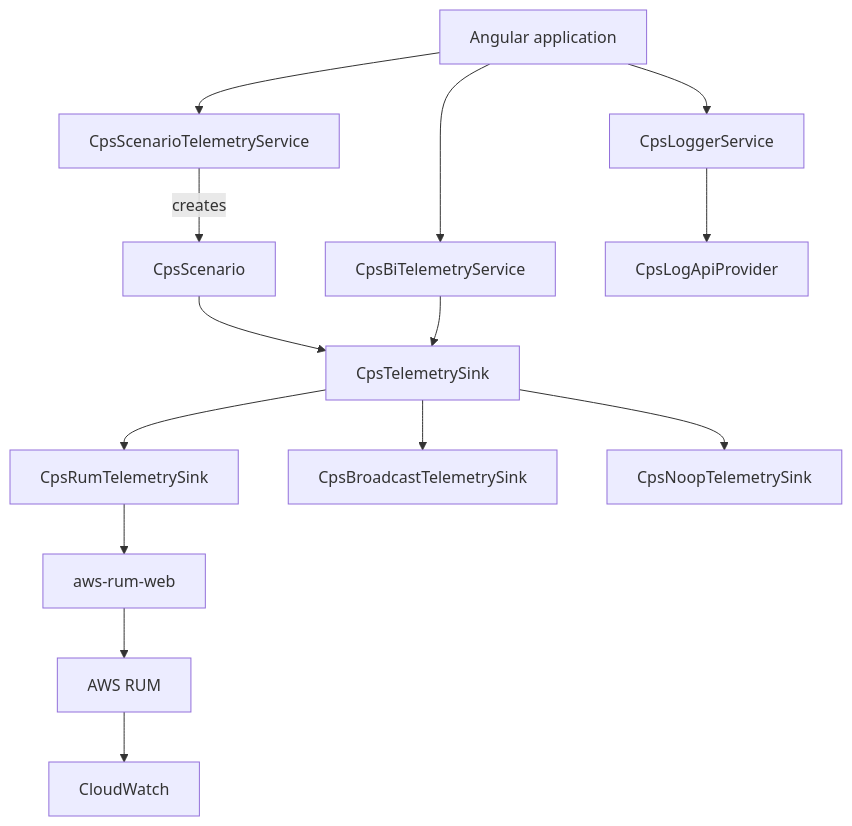
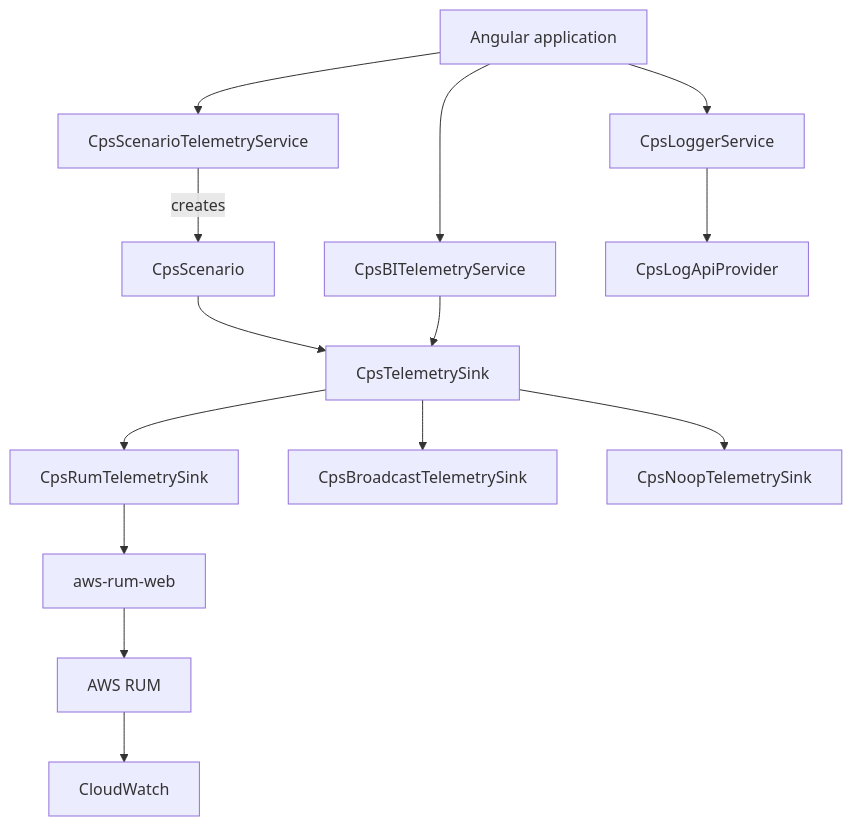
The first of 4 diagrams in projects/cps-telemetry/DESIGN.md (AbsaOSS/cps-shared-ui), drawn with Mermaid before and after one commit. The commit also changed other lines of this file and 16 other files, not shown here.

````diff
--- a/projects/cps-telemetry/DESIGN.md
+++ b/projects/cps-telemetry/DESIGN.md
@@ -53,22 +53,22 @@
 ```mermaid
 flowchart TD
     A[Angular application]
 
     A --> B[CpsLoggerService]
     A --> C[CpsScenarioTelemetryService]
-    A --> D[CpsBiTelemetryService]
+    A --> D[CpsBITelemetryService]
 
     C -->|creates| C2[CpsScenario]
 
     B --> E[CpsLogApiProvider]
 
     C2 --> G[CpsTelemetrySink]
     D --> G
     G --> G1[CpsRumTelemetrySink]
     G --> G2[CpsBroadcastTelemetrySink]
     G --> G3[CpsNoopTelemetrySink]
 
     G1 --> H[aws-rum-web]
     H --> I[AWS RUM]
     I --> J[CloudWatch]
 ```
````
